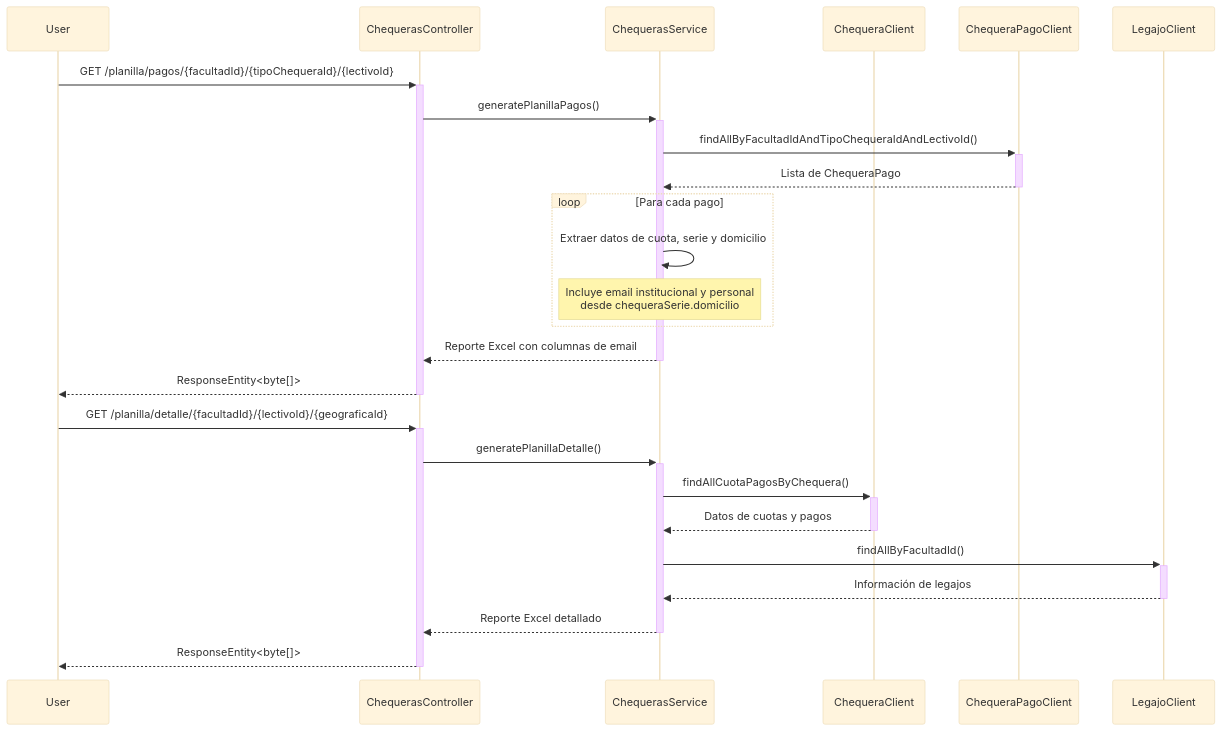
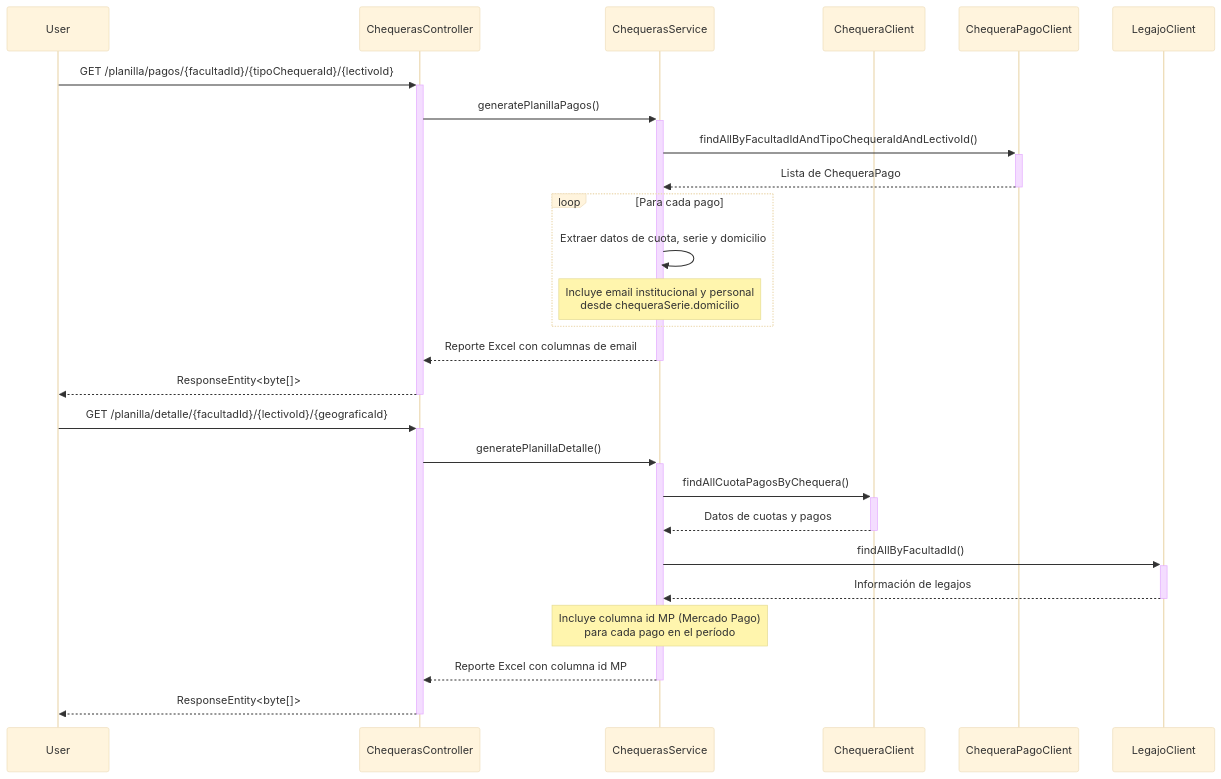
Before and after one commit to UM-services/UM.tesoreria.report-service: the diagram in docs/diagrams/generacion-reporte.mmd, drawn with Mermaid (base theme). The commit also changed 4 other files, not shown here.

First line of the commit message:
feat(chequeras): agregar columna id MP en planilla de detalle

````diff
--- a/docs/diagrams/generacion-reporte.mmd
+++ b/docs/diagrams/generacion-reporte.mmd
@@ -1,29 +1,30 @@
 ```mermaid
 sequenceDiagram
     participant User
     participant ChequerasController
     participant ChequerasService
     participant ChequeraClient
     participant ChequeraPagoClient
     participant LegajoClient
 
     User->>+ChequerasController: GET /planilla/pagos/{facultadId}/{tipoChequeraId}/{lectivoId}
     ChequerasController->>+ChequerasService: generatePlanillaPagos()
     ChequerasService->>+ChequeraPagoClient: findAllByFacultadIdAndTipoChequeraIdAndLectivoId()
     ChequeraPagoClient-->>-ChequerasService: Lista de ChequeraPago
     loop Para cada pago
         ChequerasService->>ChequerasService: Extraer datos de cuota, serie y domicilio
         Note over ChequerasService: Incluye email institucional y personal<br/>desde chequeraSerie.domicilio
     end
     ChequerasService-->>-ChequerasController: Reporte Excel con columnas de email
     ChequerasController-->>-User: ResponseEntity<byte[]>
 
     User->>+ChequerasController: GET /planilla/detalle/{facultadId}/{lectivoId}/{geograficaId}
     ChequerasController->>+ChequerasService: generatePlanillaDetalle()
     ChequerasService->>+ChequeraClient: findAllCuotaPagosByChequera()
     ChequeraClient-->>-ChequerasService: Datos de cuotas y pagos
     ChequerasService->>+LegajoClient: findAllByFacultadId()
     LegajoClient-->>-ChequerasService: Información de legajos
-    ChequerasService-->>-ChequerasController: Reporte Excel detallado
+    Note over ChequerasService: Incluye columna id MP (Mercado Pago)<br/>para cada pago en el período
+    ChequerasService-->>-ChequerasController: Reporte Excel con columna id MP
     ChequerasController-->>-User: ResponseEntity<byte[]>
 ```
````
